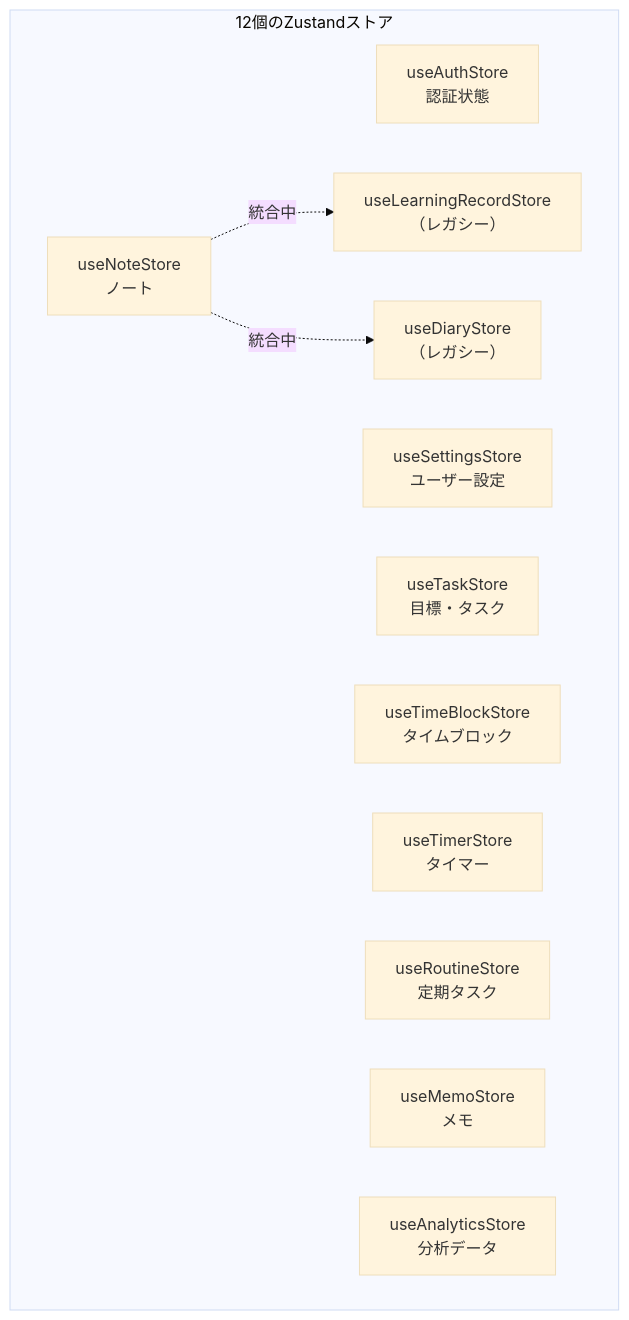
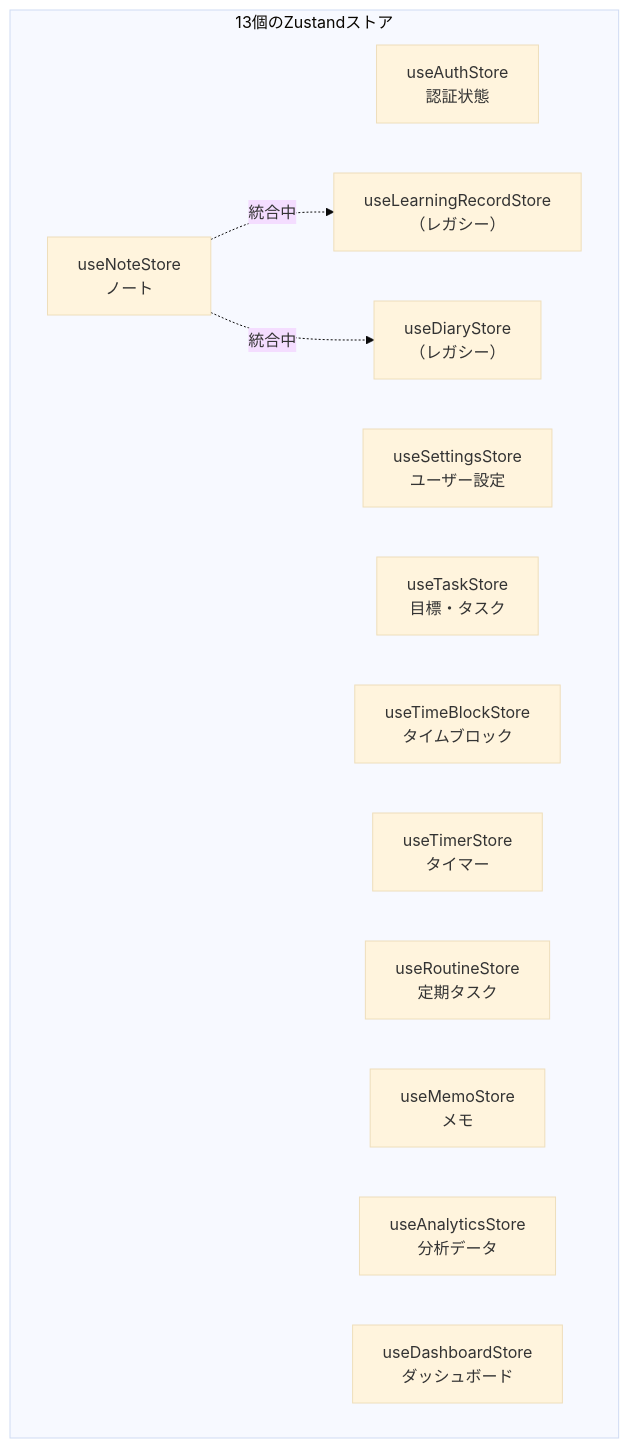
Before and after one commit to yu-min3/kensan: the fourth of 15 diagrams in mydocs/architecture_guide_for_beginners.md, drawn with Mermaid (base theme). The commit also changed other lines of this file and 41 other files, not shown here.

````diff
--- a/mydocs/architecture_guide_for_beginners.md
+++ b/mydocs/architecture_guide_for_beginners.md
@@ -229,19 +240,20 @@
 ```mermaid
 graph TB
-    subgraph "12個のZustandストア"
+    subgraph "13個のZustandストア"
         Auth["useAuthStore<br/>認証状態"]
         Settings["useSettingsStore<br/>ユーザー設定"]
         Task["useTaskStore<br/>目標・タスク"]
         TimeBlock["useTimeBlockStore<br/>タイムブロック"]
         Timer["useTimerStore<br/>タイマー"]
         Note["useNoteStore<br/>ノート"]
         Routine["useRoutineStore<br/>定期タスク"]
         Memo["useMemoStore<br/>メモ"]
         Analytics["useAnalyticsStore<br/>分析データ"]
+        Dashboard["useDashboardStore<br/>ダッシュボード"]
         Legacy1["useLearningRecordStore<br/>（レガシー）"]
         Legacy2["useDiaryStore<br/>（レガシー）"]
     end
 
     Note -.->|"統合中"| Legacy1
     Note -.->|"統合中"| Legacy2
 ```
````
